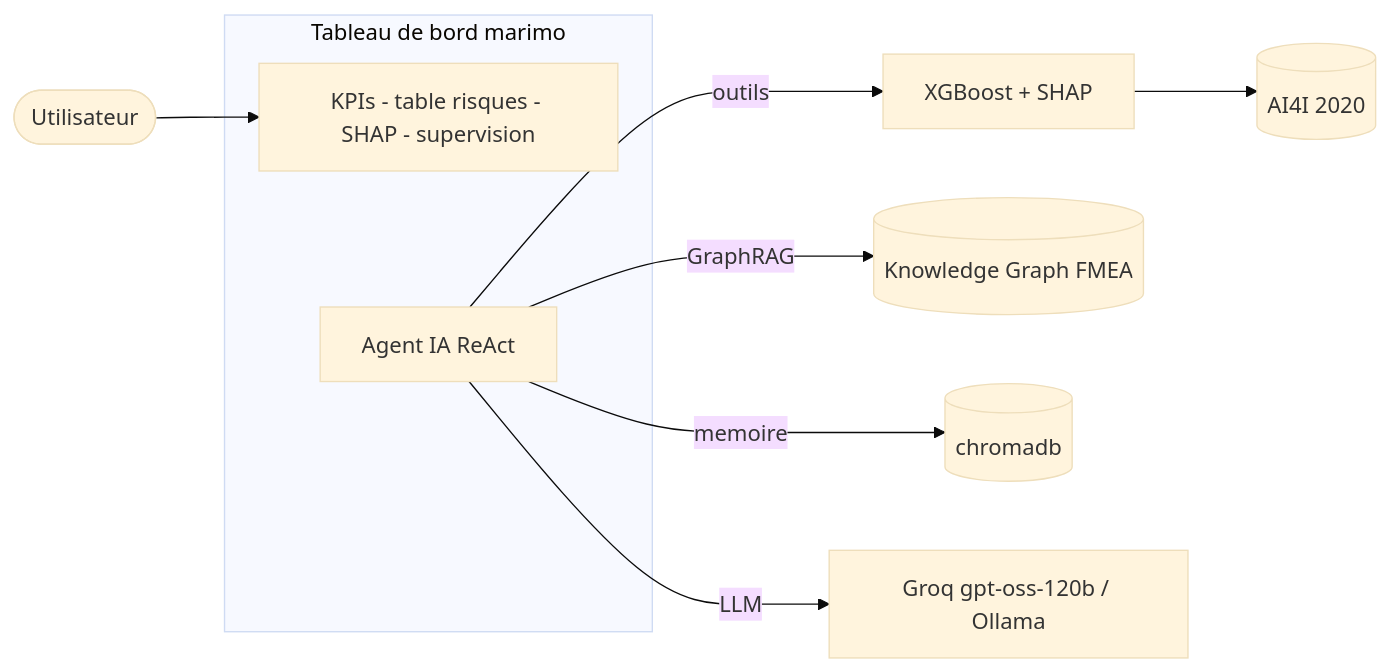
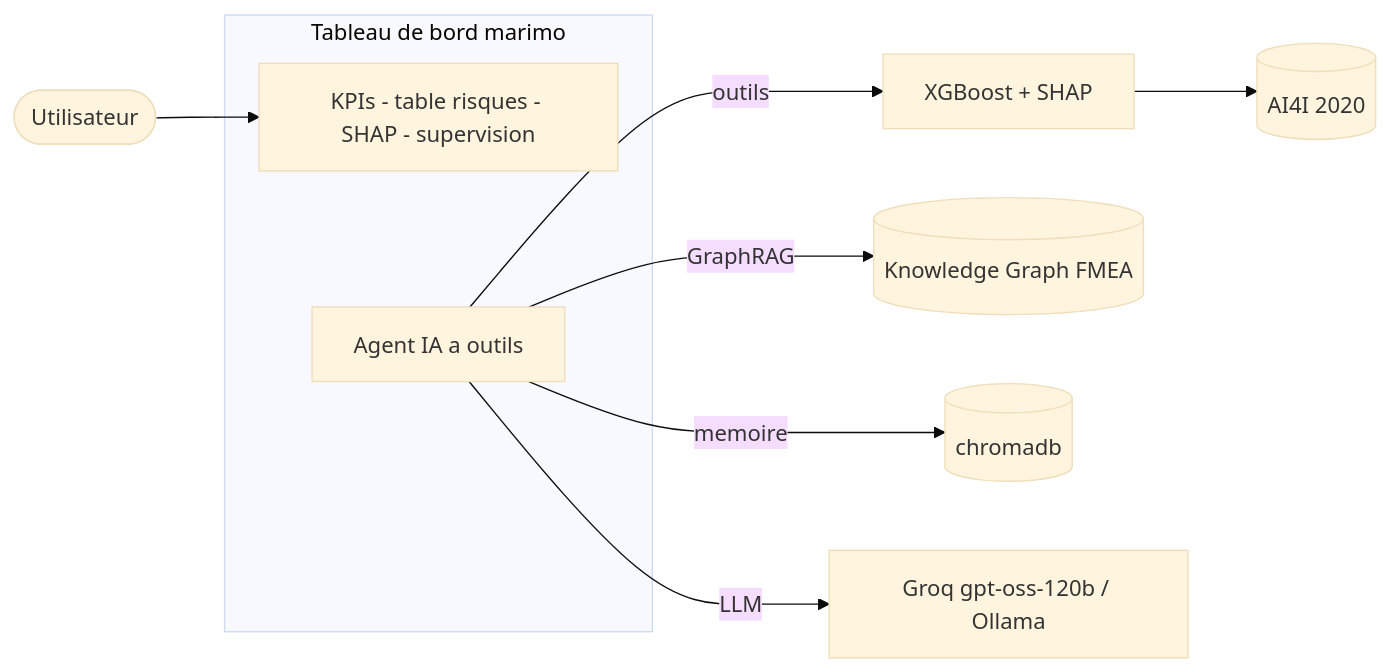
The diagram in README.md (yzyazid8-web/maintenance-agent), drawn with Mermaid (base theme) before and after one commit. The commit also changed other lines of this file, not shown here.

````diff
--- a/README.md
+++ b/README.md
@@ -87,13 +88,13 @@
 ```mermaid
 flowchart LR
     U([Utilisateur]) --> DASH
     subgraph APP["Tableau de bord marimo"]
       DASH[KPIs - table risques - SHAP - supervision]
-      AG[Agent IA ReAct]
+      AG[Agent IA a outils]
     end
     AG -->|outils| MODEL[XGBoost + SHAP]
     AG -->|GraphRAG| KG[(Knowledge Graph FMEA)]
     AG -->|memoire| MEM[(chromadb)]
     AG -->|LLM| LLM[Groq gpt-oss-120b / Ollama]
     MODEL --> DATA[(AI4I 2020)]
 ```
````
